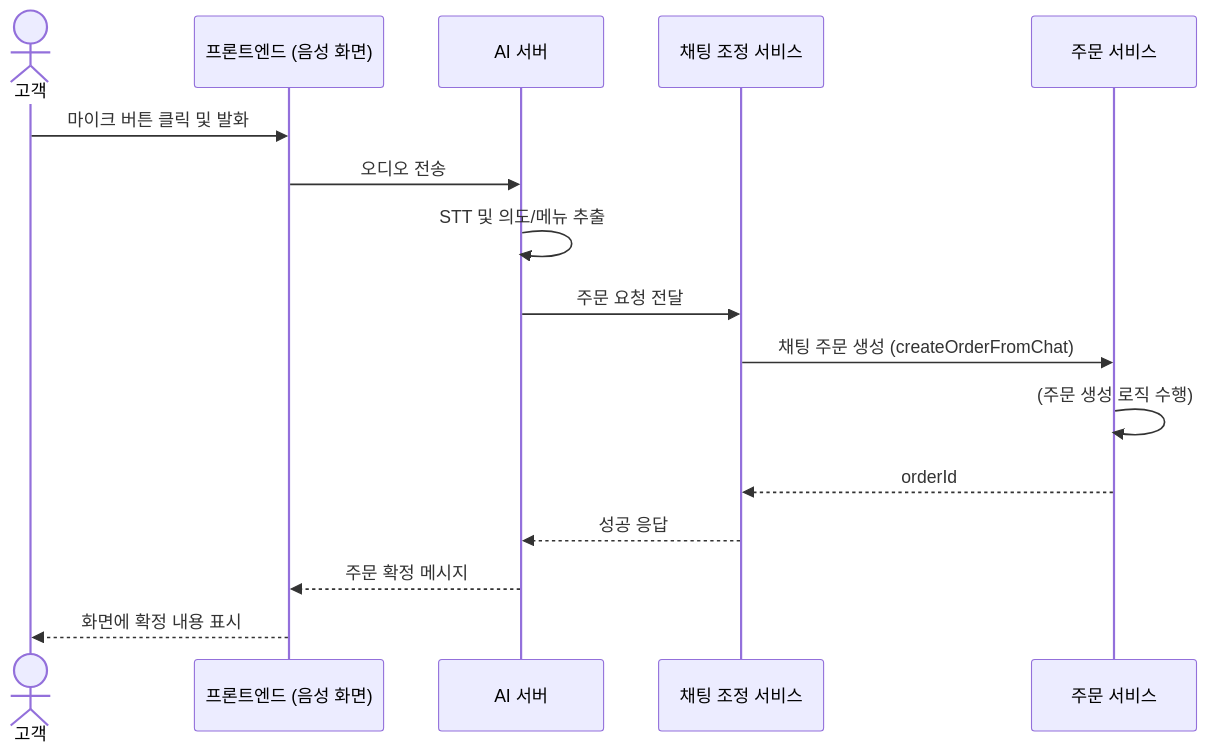
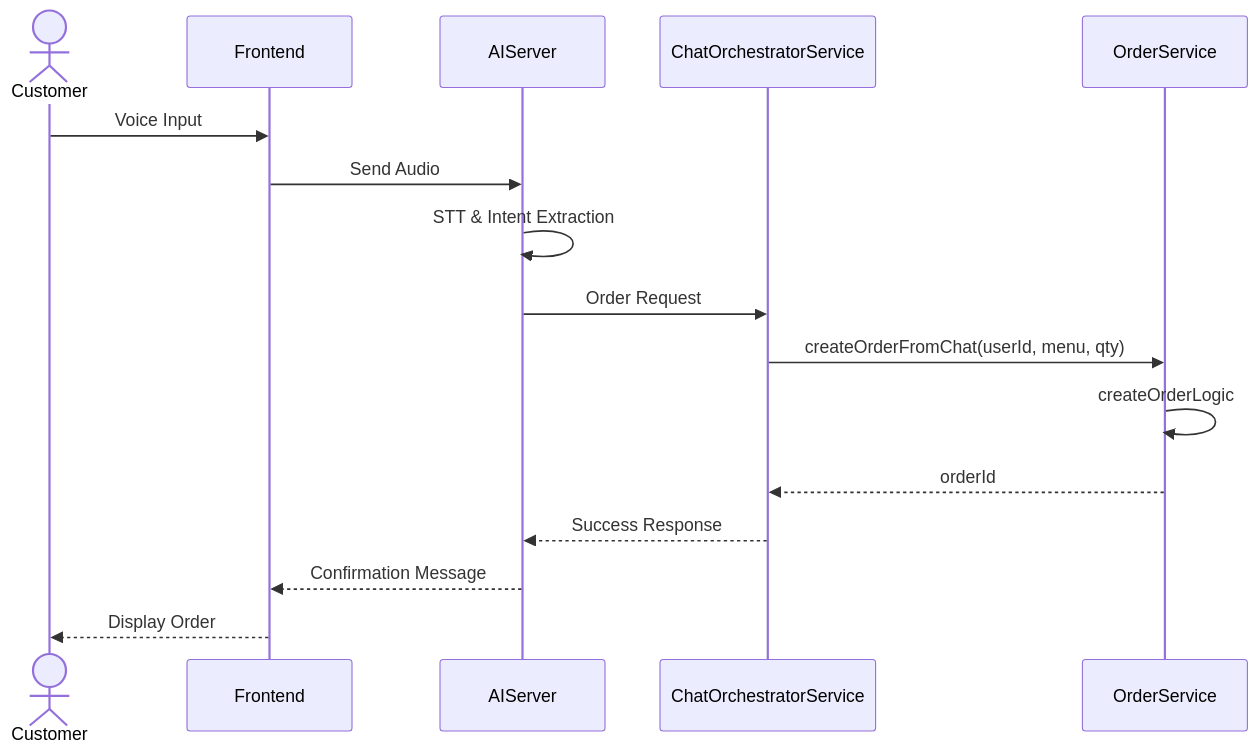
Before and after one commit to bobbobbob1010/SoftwareEngineering: the fourth of 8 diagrams in docs/시퀀스_다이어그램.md, drawn with Mermaid. The commit also changed other lines of this file, not shown here.

````diff
--- a/docs/시퀀스_다이어그램.md
+++ b/docs/시퀀스_다이어그램.md
@@ -99,19 +99,19 @@
 ```mermaid
 sequenceDiagram
-    actor Customer as 고객
-    participant Frontend as 프론트엔드 (음성 화면)
-    participant AIServer as AI 서버
-    participant ChatOrchestratorService as 채팅 조정 서비스
-    participant OrderService as 주문 서비스
+    actor Customer
+    participant Frontend
+    participant AIServer
+    participant ChatOrchestratorService
+    participant OrderService
 
-    Customer->>Frontend: 마이크 버튼 클릭 및 발화
-    Frontend->>AIServer: 오디오 전송
-    AIServer->>AIServer: STT 및 의도/메뉴 추출
-    AIServer->>ChatOrchestratorService: 주문 요청 전달
-    ChatOrchestratorService->>OrderService: 채팅 주문 생성 (createOrderFromChat)
-    OrderService->>OrderService: (주문 생성 로직 수행)
+    Customer->>Frontend: Voice Input
+    Frontend->>AIServer: Send Audio
+    AIServer->>AIServer: STT & Intent Extraction
+    AIServer->>ChatOrchestratorService: Order Request
+    ChatOrchestratorService->>OrderService: createOrderFromChat(userId, menu, qty)
+    OrderService->>OrderService: createOrderLogic
     OrderService-->>ChatOrchestratorService: orderId
-    ChatOrchestratorService-->>AIServer: 성공 응답
-    AIServer-->>Frontend: 주문 확정 메시지
-    Frontend-->>Customer: 화면에 확정 내용 표시
+    ChatOrchestratorService-->>AIServer: Success Response
+    AIServer-->>Frontend: Confirmation Message
+    Frontend-->>Customer: Display Order
 ```
````
